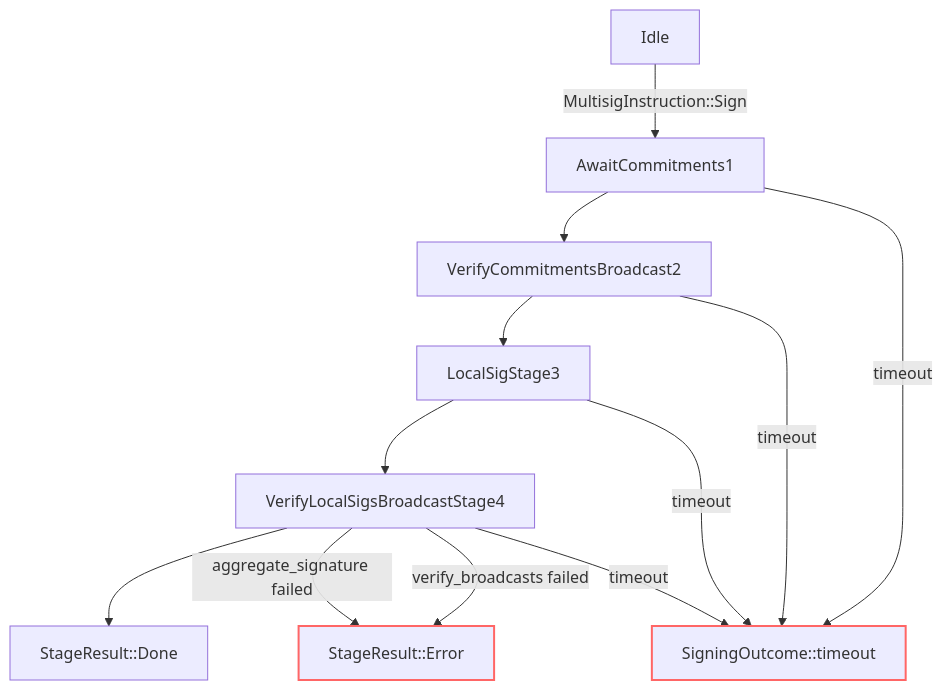
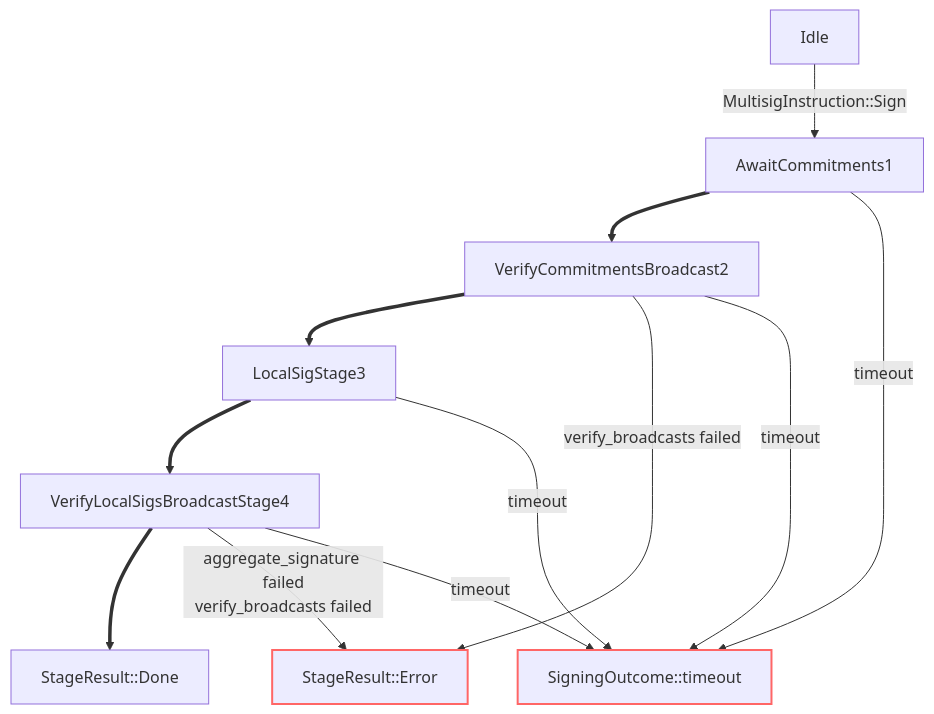
Before and after one commit to chainflip-io/chainflip-backend: the third of 3 diagrams in engine/src/signing/readme.md, drawn with Mermaid. The commit also changed other lines of this file, not shown here.

````diff
--- a/engine/src/signing/readme.md
+++ b/engine/src/signing/readme.md
@@ -5,19 +74,19 @@
 ```mermaid
 graph TD;
 Idle -- MultisigInstruction::Sign --> AwaitCommitments1
-AwaitCommitments1 --> VerifyCommitmentsBroadcast2
-VerifyCommitmentsBroadcast2 --> LocalSigStage3
-LocalSigStage3 --> VerifyLocalSigsBroadcastStage4
-VerifyLocalSigsBroadcastStage4 --> StageResult::Done
+AwaitCommitments1 ==> VerifyCommitmentsBroadcast2
+VerifyCommitmentsBroadcast2 ==> LocalSigStage3
+LocalSigStage3 ==> VerifyLocalSigsBroadcastStage4
+VerifyLocalSigsBroadcastStage4 ==> StageResult::Done
 
-VerifyLocalSigsBroadcastStage4 -- aggregate_signature failed --> StageResult::Error
-VerifyLocalSigsBroadcastStage4 -- verify_broadcasts failed --> StageResult::Error
+VerifyCommitmentsBroadcast2 -- verify_broadcasts failed --> StageResult::Error
+VerifyLocalSigsBroadcastStage4 -- aggregate_signature failed<br>verify_broadcasts failed --> StageResult::Error
 
 AwaitCommitments1 -- timeout --> SigningOutcome::timeout
 VerifyCommitmentsBroadcast2 -- timeout --> SigningOutcome::timeout
 LocalSigStage3 -- timeout --> SigningOutcome::timeout
 VerifyLocalSigsBroadcastStage4 -- timeout --> SigningOutcome::timeout
 
 classDef Error stroke:#f66,stroke-width:2px;
 class SigningOutcome::timeout,StageResult::Error Error
 ```
````
